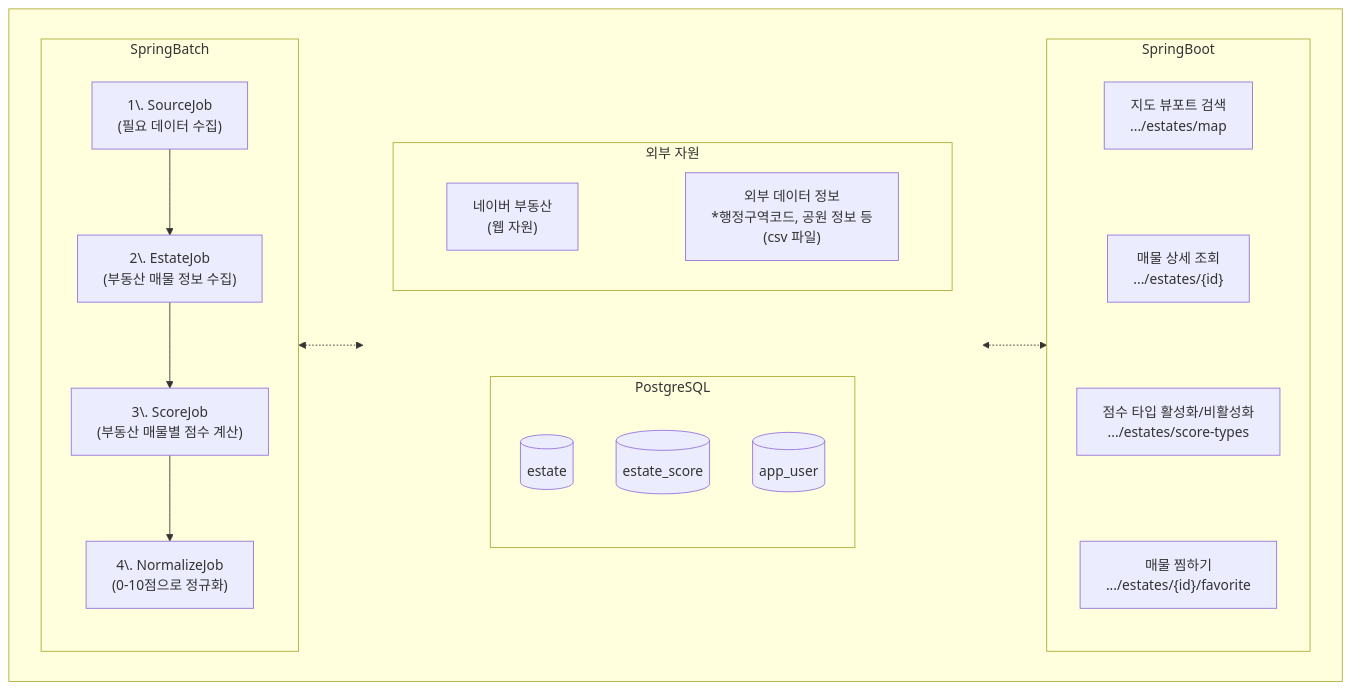
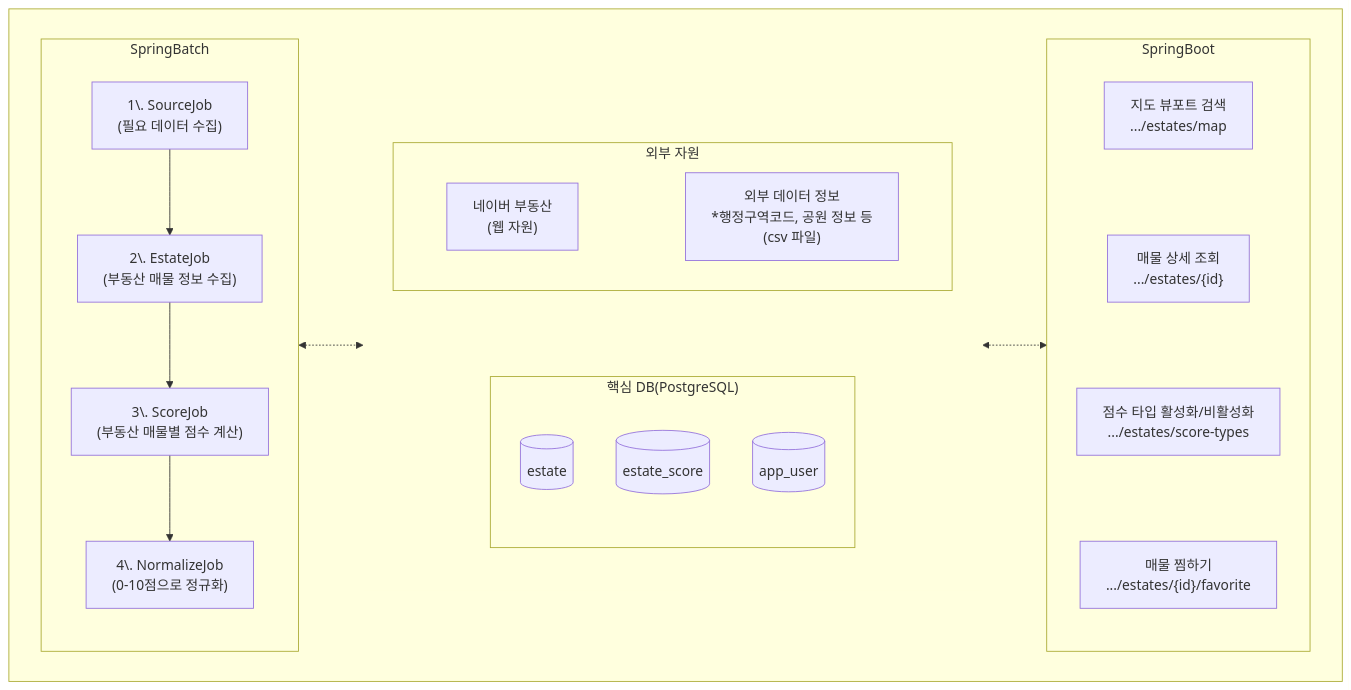
One commit to f-lab-edu/zipsoon changed the diagram in README.md. Above: the diagram before and after it, drawn with Mermaid. The commit also changed other lines of this file, not shown here.

````diff
--- a/README.md
+++ b/README.md
@@ -118,55 +75,55 @@
 ```mermaid
 flowchart LR
     subgraph TOP[" "]
         direction LR
 
         subgraph BATCH["SpringBatch"]
             direction TB
             SourceJob["1\. SourceJob<br>(필요 데이터 수집)"]
             EstateJob["2\. EstateJob<br>(부동산 매물 정보 수집)"]
             ScoreJob["3\. ScoreJob<br>(부동산 매물별 점수 계산)"]
             NormalizeJob["4\. NormalizeJob<br>(0-10점으로 정규화)"]
             
             SourceJob --> EstateJob
             EstateJob --> ScoreJob
             ScoreJob --> NormalizeJob
         end
 
         subgraph MIDDLE[" "]
             style MIDDLE stroke-width:0px
             direction TB
             subgraph SOURCE["외부 자원"]
                 direction LR
                 NaverLand["네이버 부동산<br>(웹 자원)"]
                 PublicData["외부 데이터 정보<br>*행정구역코드, 공원 정보 등<br>(csv 파일)"]
                 NaverLand ~~~ PublicData
             end
 
 
-            subgraph DB["PostgreSQL"]
+            subgraph DB["핵심 DB(PostgreSQL)"]
                 EstateTable[(estate)]
                 EstateScoreTable[(estate_score)]
                 AppUserTable[(app_user)]
             end
 
             
             SOURCE ~~~ DB
 
         end
 
 
         subgraph API["SpringBoot"]
             direction TB
             ViewportSearch["지도 뷰포트 검색<br>.../estates/map"]
             DetailView["매물 상세 조회<br>.../estates/{id}"]
             ScoreFilter["점수 타입 활성화/비활성화<br>.../estates/score-types"]
             Favorite["매물 찜하기<br>.../estates/{id}/favorite"]
 
             ViewportSearch ~~~ DetailView
             DetailView ~~~ ScoreFilter
             ScoreFilter ~~~ Favorite
         end
 
         BATCH["SpringBatch"] <-.-> MIDDLE <-.-> API["SpringBoot"]
     end
 ```
````
